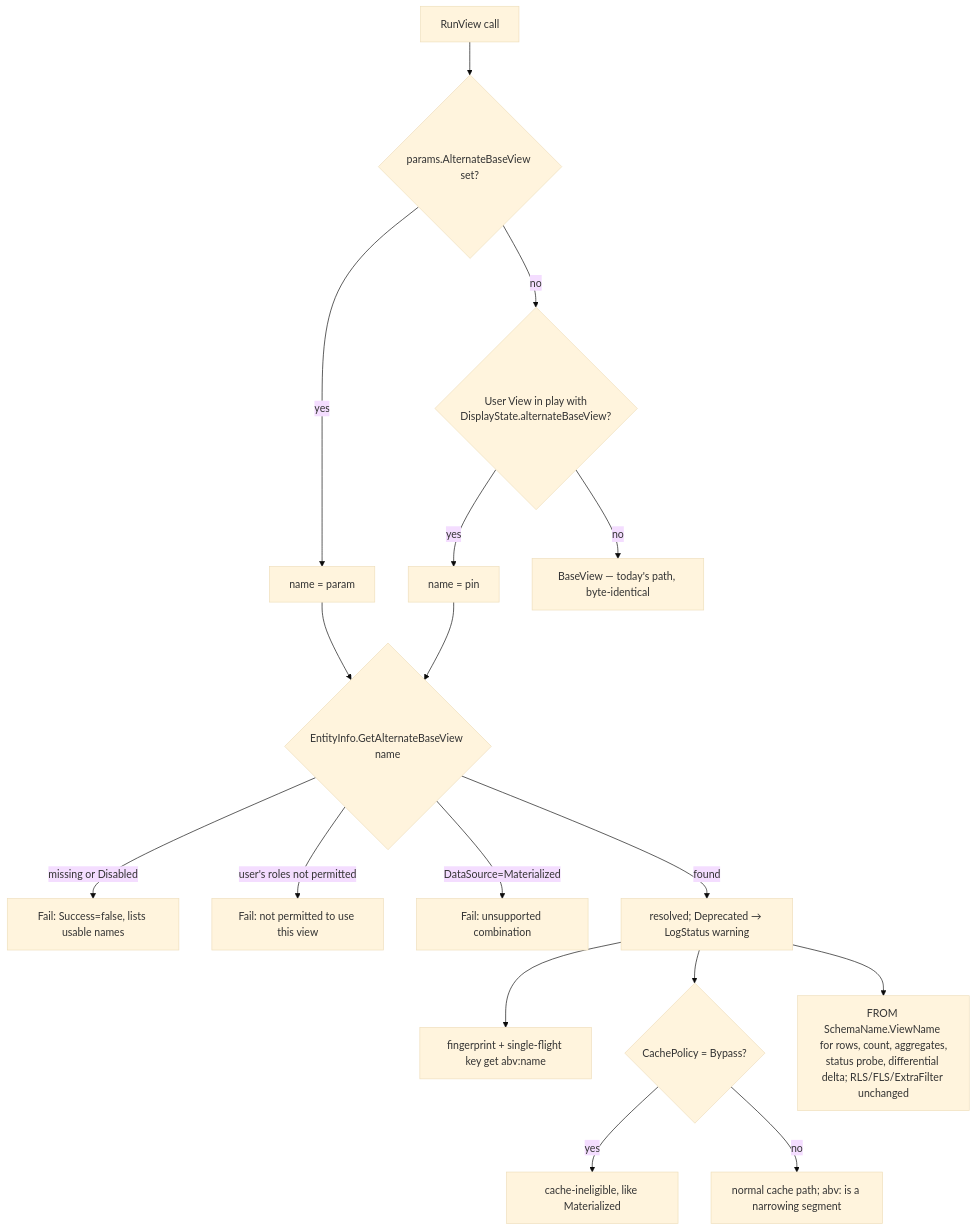
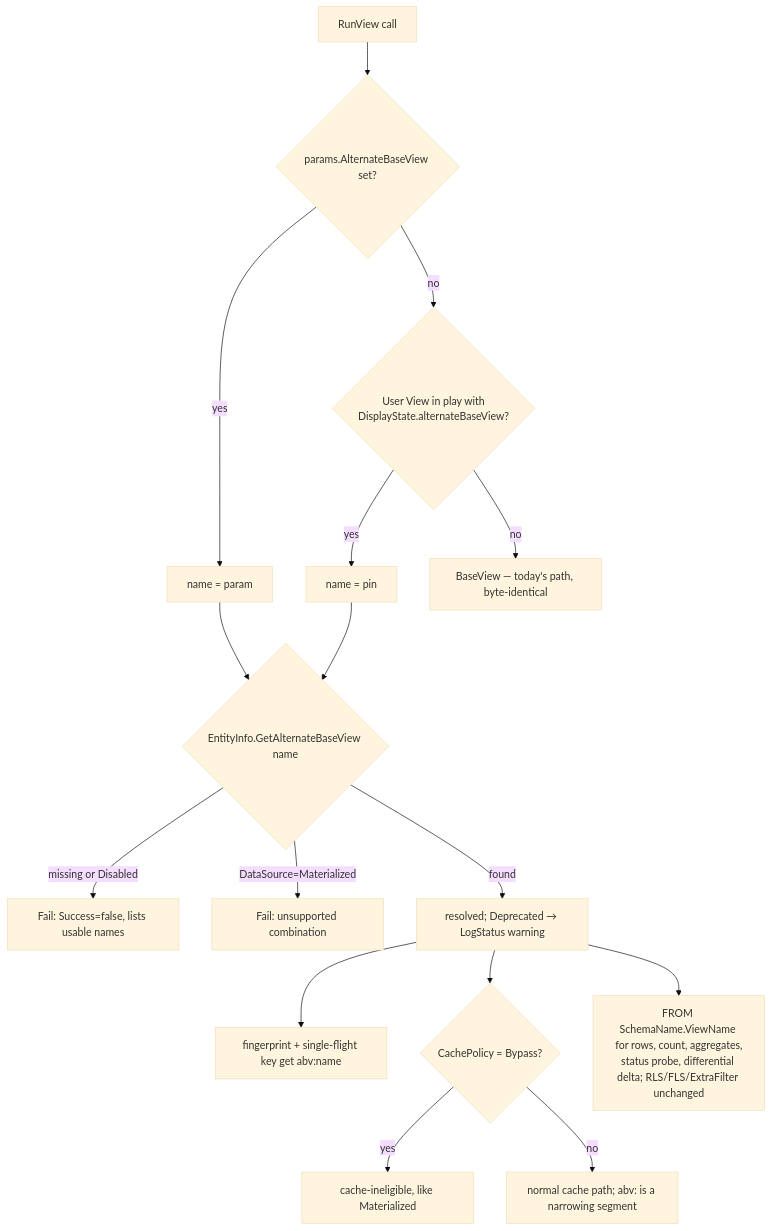
Before and after one commit to MemberJunction/MJ: the third of 3 diagrams in plans/alternate-base-views.md, drawn with Mermaid (base theme). The commit also changed other lines of this file and 14 other files, not shown here.

````diff
--- a/plans/alternate-base-views.md
+++ b/plans/alternate-base-views.md
@@ -274,19 +248,18 @@
 ```mermaid
 flowchart TD
     A[RunView call] --> B{params.AlternateBaseView set?}
     B -->|yes| D[name = param]
     B -->|no| C{User View in play with<br/>DisplayState.alternateBaseView?}
     C -->|yes| E[name = pin]
     C -->|no| F[BaseView — today's path, byte-identical]
     D --> G{EntityInfo.GetAlternateBaseView name}
     E --> G
     G -->|missing or Disabled| X[Fail: Success=false, lists usable names]
-    G -->|user's roles not permitted| R[Fail: not permitted to use this view]
     G -->|DataSource=Materialized| Y[Fail: unsupported combination]
     G -->|found| H[resolved; Deprecated → LogStatus warning]
     H --> I[fingerprint + single-flight key get abv:name]
     H --> J{CachePolicy = Bypass?}
     J -->|yes| K[cache-ineligible, like Materialized]
     J -->|no| L[normal cache path; abv: is a narrowing segment]
     H --> M[FROM SchemaName.ViewName for rows, count, aggregates,<br/>status probe, differential delta; RLS/FLS/ExtraFilter unchanged]
 ```
````
